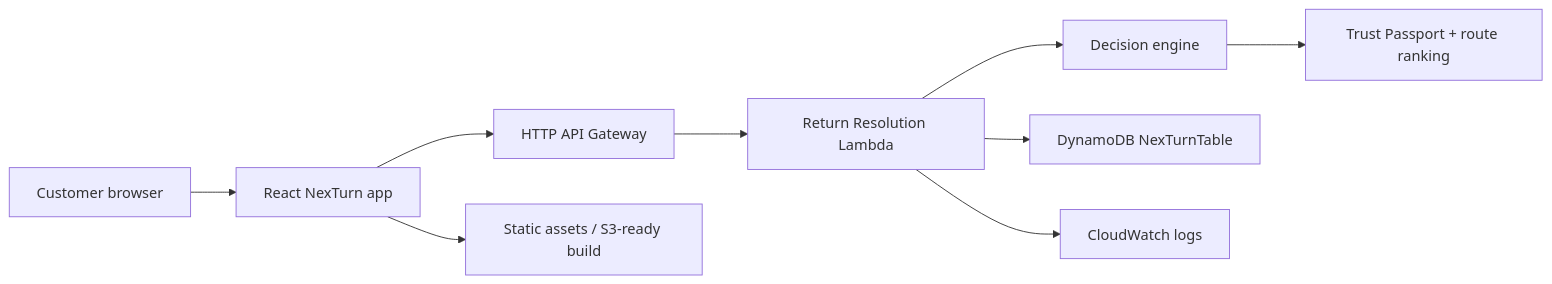
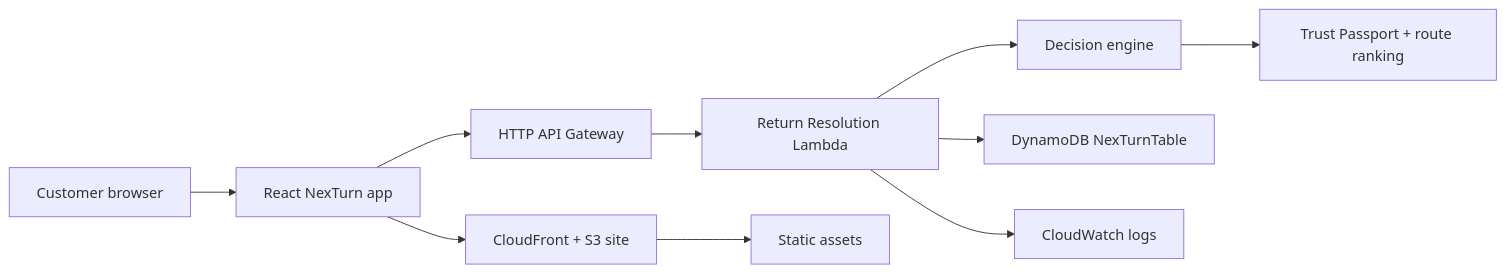
One commit to AKSHATSPAR/nexturn changed the diagram in README.md. Above: the diagram before and after it, drawn with Mermaid. The commit also changed other lines of this file and 3 other files, not shown here.

Commit message:
feat: host frontend with CloudFront

````diff
--- a/README.md
+++ b/README.md
@@ -32,11 +33,12 @@
 ```mermaid
 flowchart LR
   Customer["Customer browser"] --> Web["React NexTurn app"]
   Web --> API["HTTP API Gateway"]
   API --> Lambda["Return Resolution Lambda"]
   Lambda --> Engine["Decision engine"]
   Lambda --> DDB["DynamoDB NexTurnTable"]
-  Web --> Assets["Static assets / S3-ready build"]
+  Web --> CDN["CloudFront + S3 site"]
+  CDN --> Assets["Static assets"]
   Lambda --> Logs["CloudWatch logs"]
   Engine --> Passport["Trust Passport + route ranking"]
 ```
````
